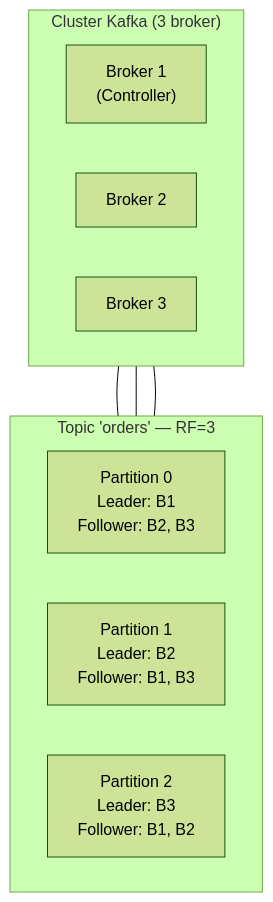
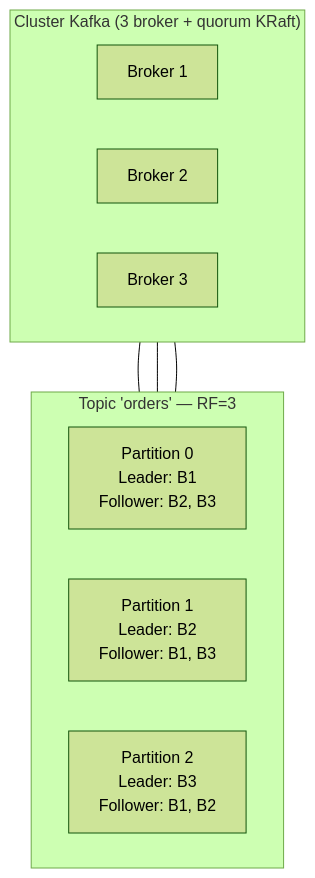
Before and after one commit to Tempohh/devops-kb: the diagram in docs/messaging/kafka/fondamenti/broker-cluster.md, drawn with Mermaid (forest theme). The commit also changed other lines of this file and 1 other file, not shown here.

Commit message:
kb: review docs/messaging/kafka/fondamenti/broker-cluster.md (auto #1095)

````diff
--- a/docs/messaging/kafka/fondamenti/broker-cluster.md
+++ b/docs/messaging/kafka/fondamenti/broker-cluster.md
@@ -39,20 +40,20 @@
 ```mermaid
 flowchart TB
-    subgraph Cluster["Cluster Kafka (3 broker)"]
+    subgraph Cluster["Cluster Kafka (3 broker + quorum KRaft)"]
         direction LR
-        B1["Broker 1\n(Controller)"]
+        B1["Broker 1"]
         B2["Broker 2"]
         B3["Broker 3"]
     end
 
     subgraph TopicA["Topic 'orders' — RF=3"]
         direction LR
-        P0["Partition 0\nLeader: B1\nFollower: B2, B3"]
-        P1["Partition 1\nLeader: B2\nFollower: B1, B3"]
-        P2["Partition 2\nLeader: B3\nFollower: B1, B2"]
+        P0["Partition 0<br/>Leader: B1<br/>Follower: B2, B3"]
+        P1["Partition 1<br/>Leader: B2<br/>Follower: B1, B3"]
+        P2["Partition 2<br/>Leader: B3<br/>Follower: B1, B2"]
     end
 
     B1 --- P0
     B2 --- P1
     B3 --- P2
 ```
````
